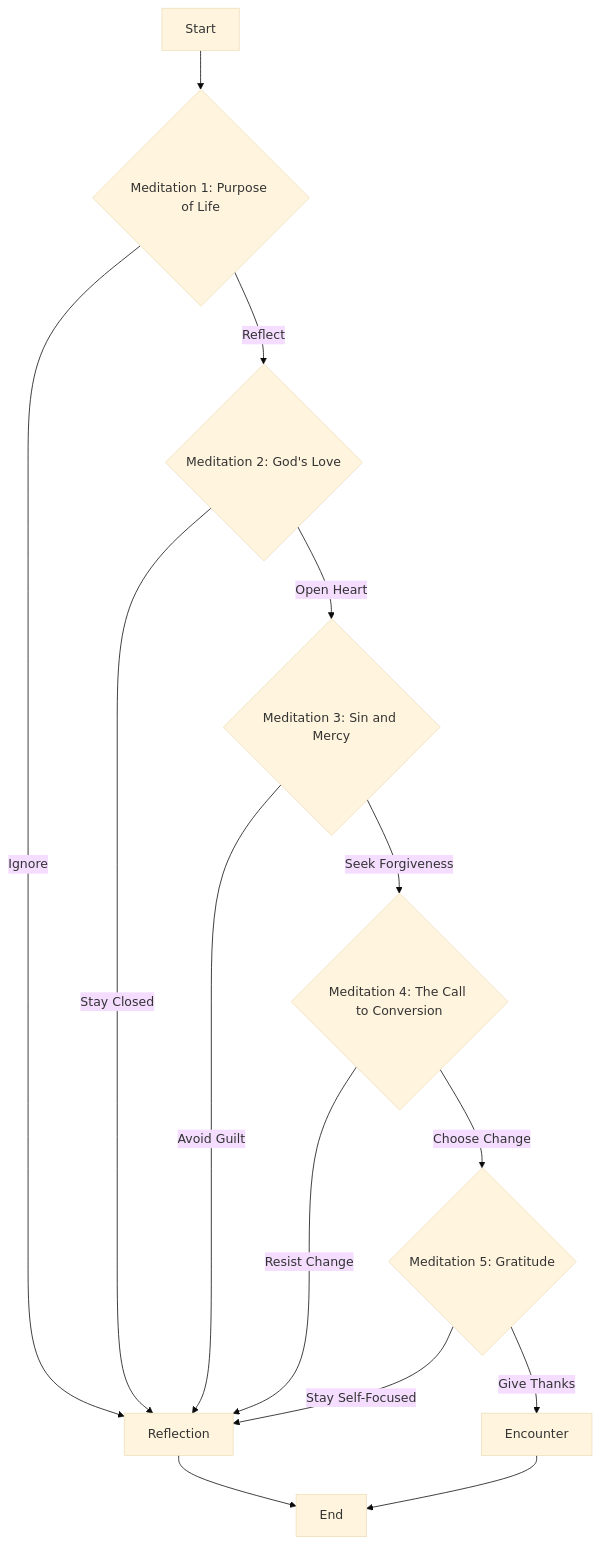
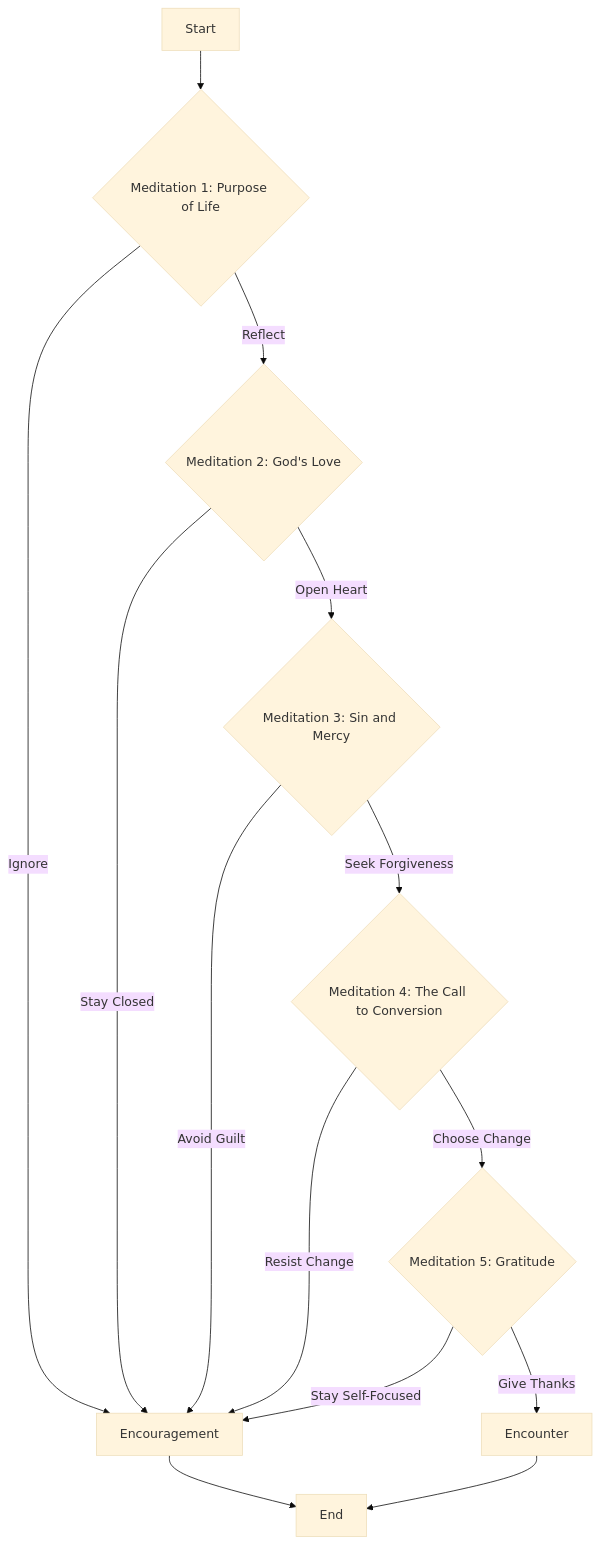
The diagram in Week5/README.md (alanmaizon/Software-Development), drawn with Mermaid (base theme) before and after one commit. The commit also changed other lines of this file and 1 other file, not shown here.

````diff
--- a/Week5/README.md
+++ b/Week5/README.md
@@ -8,21 +8,21 @@
 ```mermaid
 flowchart TB
     A[Start] --> B{Meditation 1: Purpose of Life}
     B -->|Reflect| C{Meditation 2: God's Love}
-    B -->|Ignore| G[Reflection]
+    B -->|Ignore| G[Encouragement]
 
     C -->|Open Heart| D{Meditation 3: Sin and Mercy}
     C -->|Stay Closed| G
 
     D -->|Seek Forgiveness| E{Meditation 4: The Call to Conversion}
     D -->|Avoid Guilt| G
 
     E -->|Choose Change| F{Meditation 5: Gratitude}
     E -->|Resist Change| G
 
     F -->|Give Thanks| H[Encounter]
     F -->|Stay Self-Focused| G 
 
     G --> I[End]
     H --> I
 ```
````
